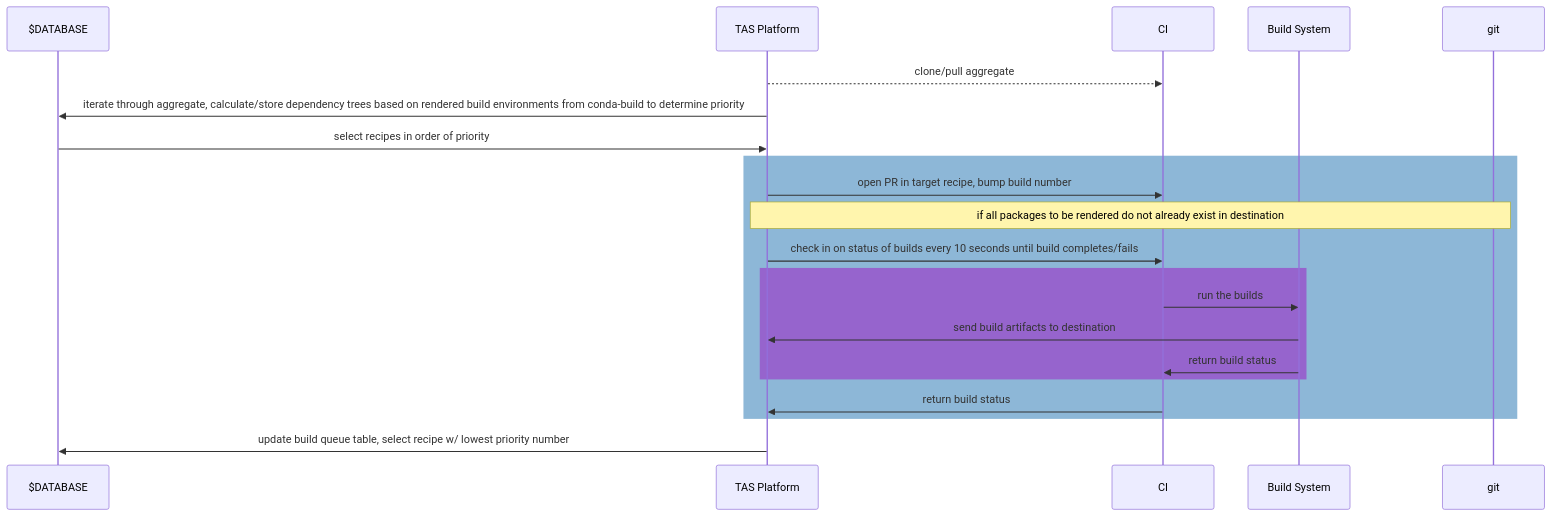
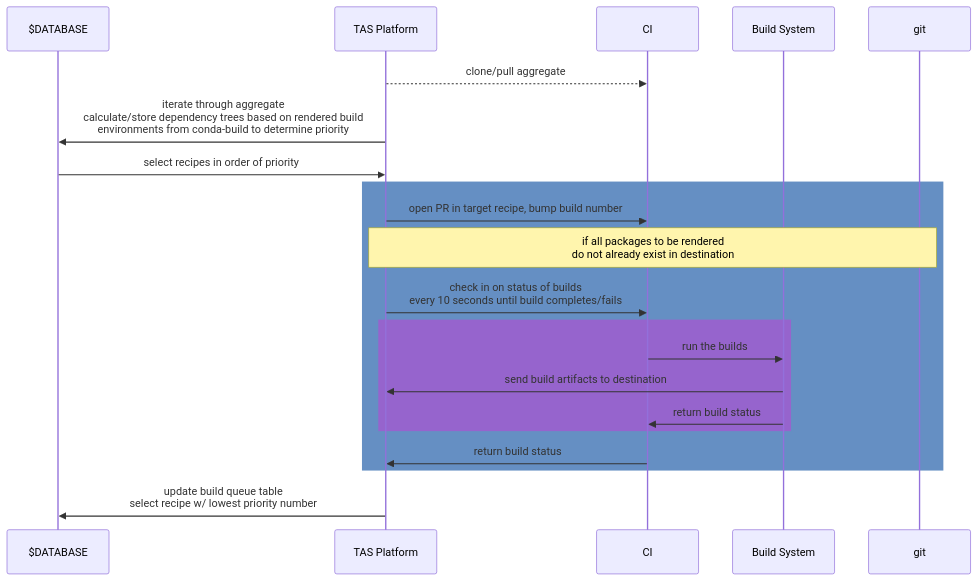
The diagram in docs/architecture.md (mxava/tas-platform), drawn with Mermaid before and after one commit.

````diff
--- a/docs/architecture.md
+++ b/docs/architecture.md
@@ -3,22 +3,22 @@
 ```mermaid
 sequenceDiagram
     participant $DATABASE
     participant TAS Platform
     participant CI
     participant Build System
     TAS Platform-->>CI: clone/pull aggregate
-    TAS Platform->>$DATABASE: iterate through aggregate, calculate/store dependency trees based on rendered build environments from conda-build to determine priority
+    TAS Platform->>$DATABASE: iterate through aggregate<br/>calculate/store dependency trees based on rendered build<br/>environments from conda-build to determine priority
     $DATABASE->>TAS Platform: select recipes in order of priority
-    rect rgb(141, 183, 215)
+    rect rgb(101, 143, 195)
     TAS Platform->>CI: open PR in target recipe, bump build number
-    Note over TAS Platform,git: if all packages to be rendered do not already exist in destination
-    TAS Platform->>CI: check in on status of builds every 10 seconds until build completes/fails
+    Note over TAS Platform,git: if all packages to be rendered<br/>do not already exist in destination
+    TAS Platform->>CI: check in on status of builds<br/>every 10 seconds until build completes/fails
     rect rgb(150, 100, 205)
     CI->>Build System: run the builds
     Build System->>TAS Platform: send build artifacts to destination
     Build System->>CI: return build status
     end
     CI->>TAS Platform: return build status
     end
-    TAS Platform->>$DATABASE: update build queue table, select recipe w/ lowest priority number    
+    TAS Platform->>$DATABASE: update build queue table<br/>select recipe w/ lowest priority number    
 ```
````
